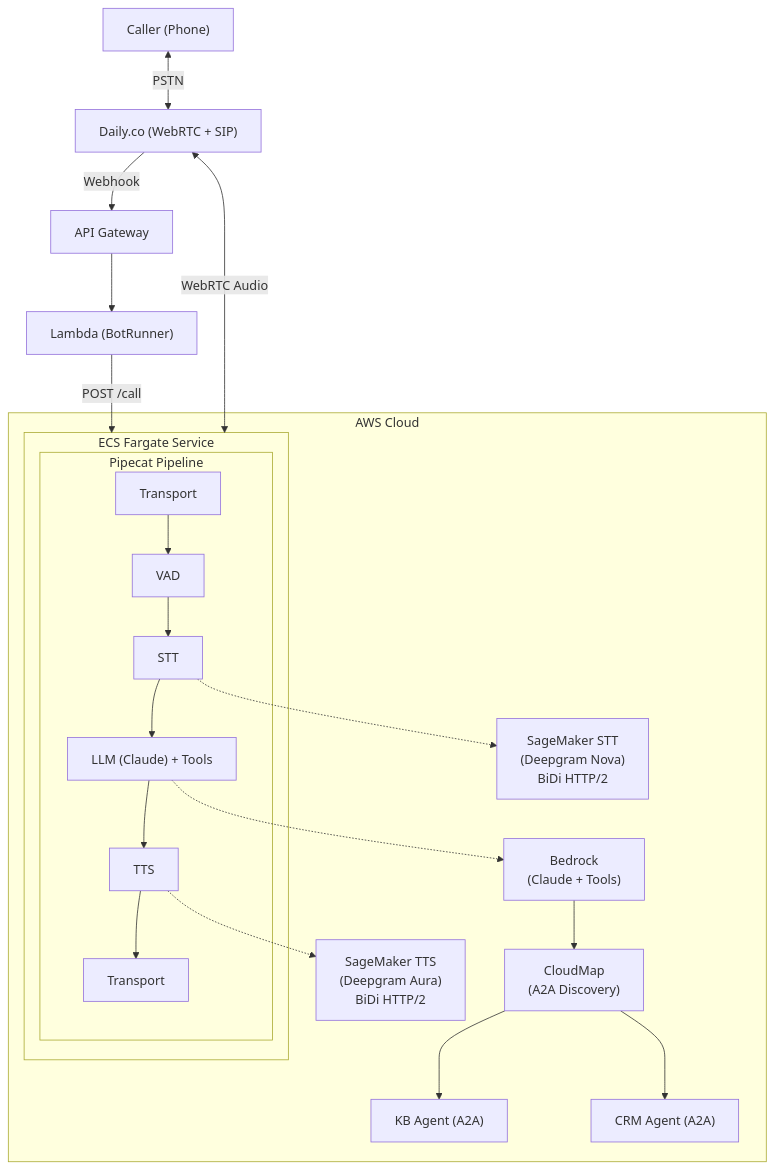
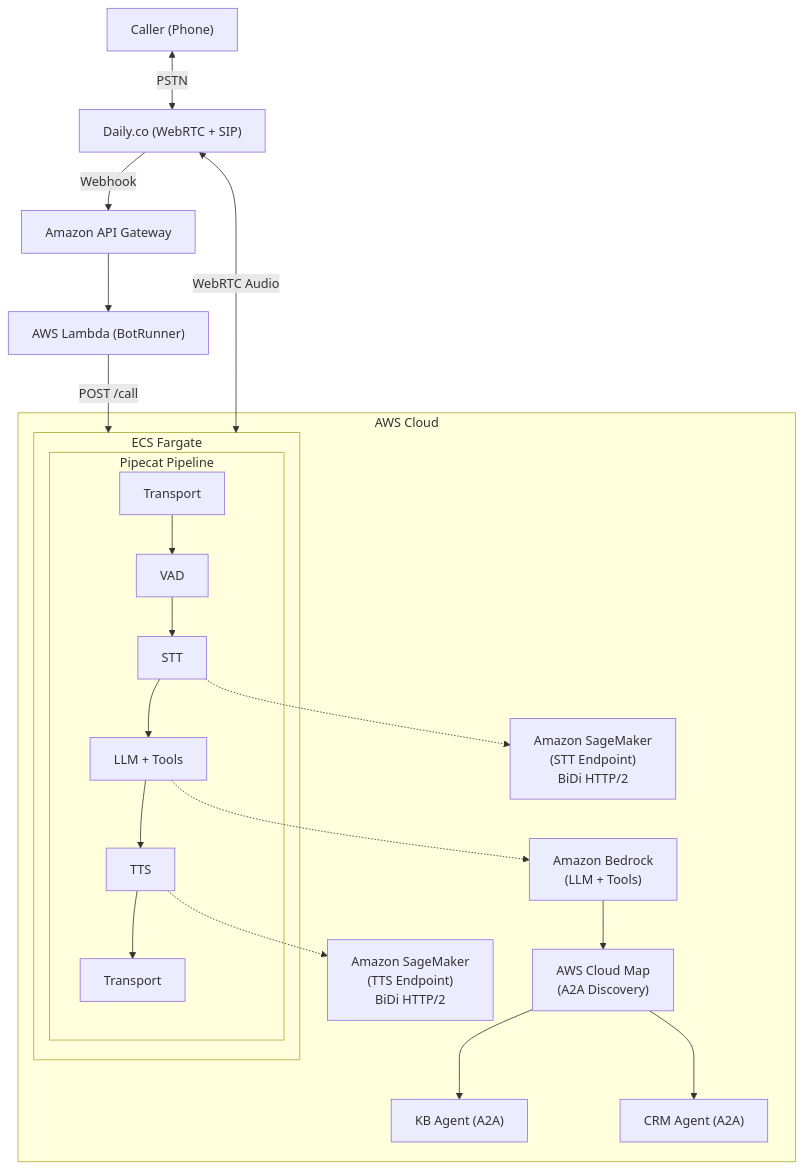
Before and after one commit to aws-samples/sample-voice-agent: the diagram in README.md, drawn with Mermaid. The commit also changed other lines of this file, not shown here.

First line of the commit message:
Update README: model-agnostic positioning and AWS Guidance format (#5)

````diff
--- a/README.md
+++ b/README.md
@@ -7,42 +39,42 @@
 ```mermaid
 graph TB
     Caller["Caller (Phone)"]
     Daily["Daily.co (WebRTC + SIP)"]
-    APIGW["API Gateway"]
-    Lambda["Lambda (BotRunner)"]
+    APIGW["Amazon API Gateway"]
+    Lambda["AWS Lambda (BotRunner)"]
 
     subgraph AWS["AWS Cloud"]
-        subgraph ECS["ECS Fargate Service"]
+        subgraph ECS["ECS Fargate"]
             subgraph Pipeline["Pipecat Pipeline"]
                 Transport_In["Transport"] --> VAD["VAD"] --> STT["STT"]
-                STT --> LLM["LLM (Claude) + Tools"]
+                STT --> LLM["LLM + Tools"]
                 LLM --> TTS["TTS"] --> Transport_Out["Transport"]
             end
         end
 
-        SM_STT["SageMaker STT
-        (Deepgram Nova) 
+        SM_STT["Amazon SageMaker
+        (STT Endpoint)
         BiDi HTTP/2"]
-        Bedrock["Bedrock
-        (Claude + Tools)"]
-        SM_TTS["SageMaker TTS
-        (Deepgram Aura)
+        Bedrock["Amazon Bedrock
+        (LLM + Tools)"]
+        SM_TTS["Amazon SageMaker
+        (TTS Endpoint)
         BiDi HTTP/2"]
-        CloudMap["CloudMap
+        CloudMap["AWS Cloud Map
         (A2A Discovery)"]
         KB["KB Agent (A2A)"]
         CRM["CRM Agent (A2A)"]
     end
 
     Caller <-->|PSTN| Daily
     Daily -->|Webhook| APIGW --> Lambda
     Lambda -->|POST /call| ECS
     Daily <-->|WebRTC Audio| ECS
 
     STT -.-> SM_STT
     LLM -.-> Bedrock
     TTS -.-> SM_TTS
     Bedrock --> CloudMap
     CloudMap --> KB
     CloudMap --> CRM
 ```
````
